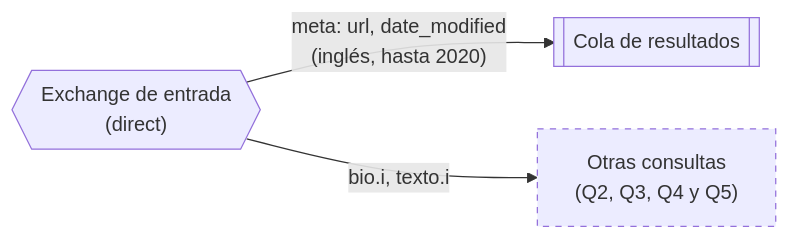
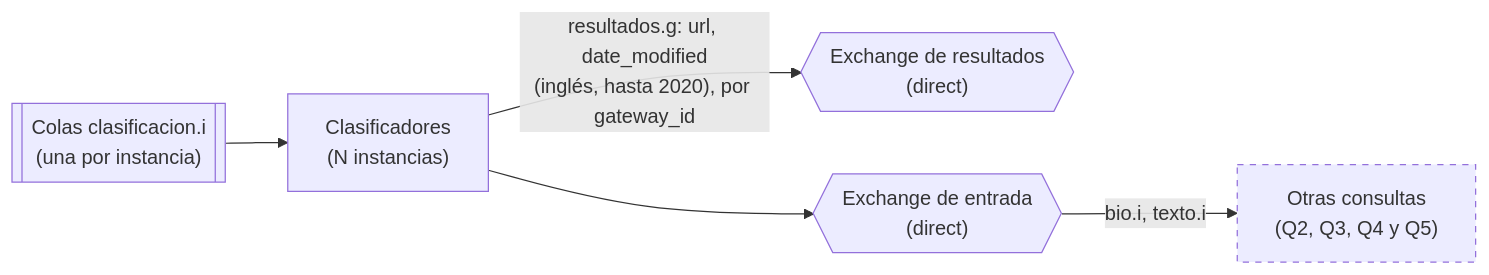
One commit to Cristobal710/tp-final-distribuidos changed the sixth of 14 diagrams in diagramas/README.md. Above: the diagram before and after it, drawn with Mermaid. The commit also changed other lines of this file, not shown here.

````diff
--- a/diagramas/README.md
+++ b/diagramas/README.md
@@ -340,9 +290,10 @@
 ```mermaid
 flowchart LR
-    EXE{{"Exchange de entrada<br/>(direct)"}}
-    EXE -- "meta: url, date_modified<br/>(inglés, hasta 2020)" --> QR[["Cola de resultados"]]
+    QCL[["Colas clasificacion.i<br/>(una por instancia)"]] --> CL["Clasificadores<br/>(N instancias)"]
+    CL -- "resultados.g: url, date_modified<br/>(inglés, hasta 2020), por gateway_id" --> EXR{{"Exchange de resultados<br/>(direct)"}}
+    CL --> EXE{{"Exchange de entrada<br/>(direct)"}}
     EXE -- "bio.i, texto.i" --> OTRAS["Otras consultas<br/>(Q2, Q3, Q4 y Q5)"]
 
     classDef resto stroke-dasharray: 5 5
     class OTRAS resto
 ```
````
